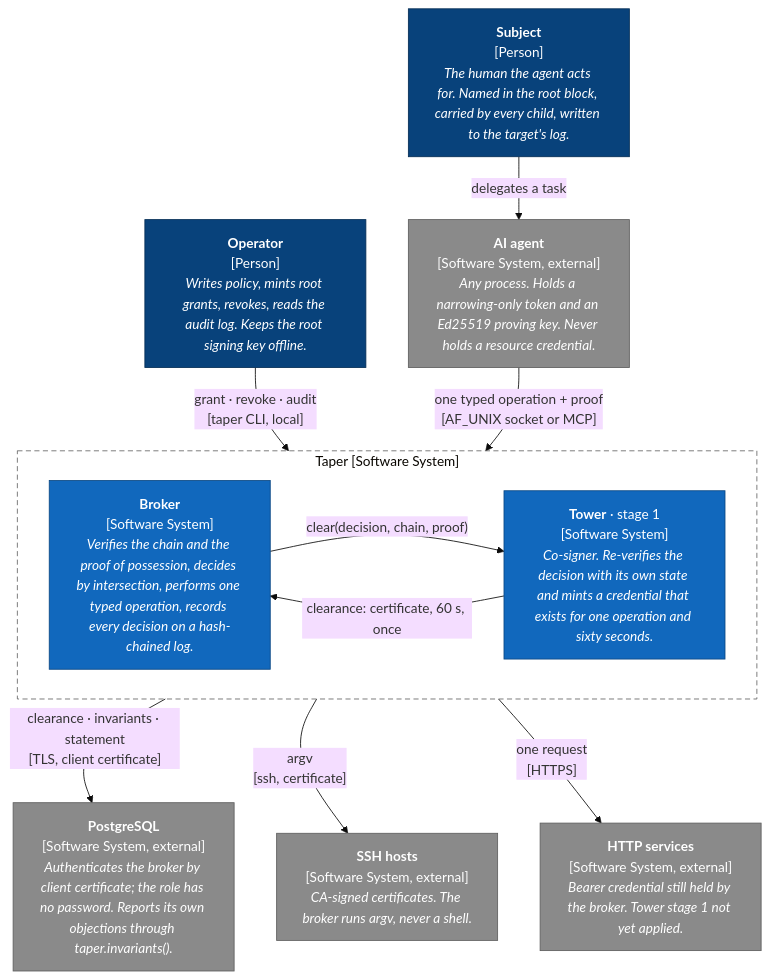
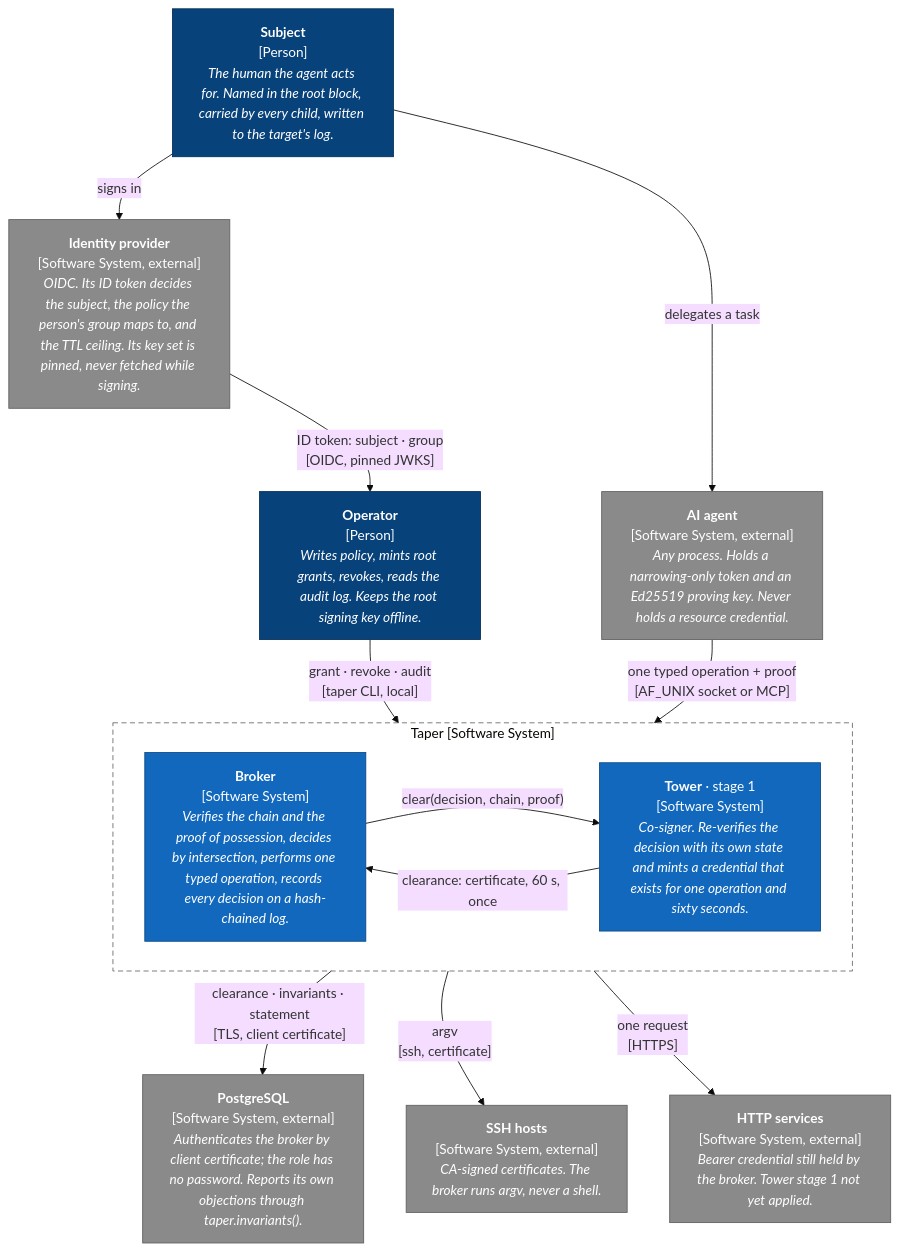
One commit to Walex4/taper changed the first of 7 diagrams in docs/diagrams.md. Above: the diagram before and after it, drawn with Mermaid (base theme). The commit also changed 11 other files, not shown here.

First line of the commit message:
An OIDC login mints the grant its group allows

````diff
--- a/docs/diagrams.md
+++ b/docs/diagrams.md
@@ -25,36 +25,40 @@
 ```mermaid
 flowchart TB
   operator["<b>Operator</b><br/>[Person]<br/><i>Writes policy, mints root grants, revokes, reads the audit log. Keeps the root signing key offline.</i>"]
   subject["<b>Subject</b><br/>[Person]<br/><i>The human the agent acts for. Named in the root block, carried by every child, written to the target's log.</i>"]
   agent["<b>AI agent</b><br/>[Software System, external]<br/><i>Any process. Holds a narrowing-only token and an Ed25519 proving key. Never holds a resource credential.</i>"]
 
   subgraph taper_sys["Taper  [Software System]"]
     direction LR
     broker["<b>Broker</b><br/>[Software System]<br/><i>Verifies the chain and the proof of possession, decides by intersection, performs one typed operation, records every decision on a hash-chained log.</i>"]
     tower["<b>Tower</b> · stage 1<br/>[Software System]<br/><i>Co-signer. Re-verifies the decision with its own state and mints a credential that exists for one operation and sixty seconds.</i>"]
   end
 
+  idp["<b>Identity provider</b><br/>[Software System, external]<br/><i>OIDC. Its ID token decides the subject, the policy the person's group maps to, and the TTL ceiling. Its key set is pinned, never fetched while signing.</i>"]
   pg["<b>PostgreSQL</b><br/>[Software System, external]<br/><i>Authenticates the broker by client certificate; the role has no password. Reports its own objections through taper.invariants().</i>"]
   ssh["<b>SSH hosts</b><br/>[Software System, external]<br/><i>CA-signed certificates. The broker runs argv, never a shell.</i>"]
   http["<b>HTTP services</b><br/>[Software System, external]<br/><i>Bearer credential still held by the broker. Tower stage 1 not yet applied.</i>"]
 
   subject -- "delegates a task" --> agent
+  subject -- "signs in" --> idp
+  idp -- "ID token: subject · group<br/>[OIDC, pinned JWKS]" --> operator
   operator -- "grant · revoke · audit<br/>[taper CLI, local]" --> broker
   agent -- "one typed operation + proof<br/>[AF_UNIX socket or MCP]" --> broker
   broker -- "clear(decision, chain, proof)" --> tower
   tower -- "clearance: certificate, 60 s, once" --> broker
   broker -- "clearance · invariants · statement<br/>[TLS, client certificate]" --> pg
   broker -- "argv<br/>[ssh, certificate]" --> ssh
   broker -- "one request<br/>[HTTPS]" --> http
+  idp ~~~ pg
   tower ~~~ pg
   tower ~~~ ssh
   tower ~~~ http
 
   classDef person fill:#08427b,stroke:#052e56,color:#fff
   classDef system fill:#1168bd,stroke:#0b4884,color:#fff
   classDef ext fill:#8a8a8a,stroke:#5f5f5f,color:#fff
   class operator,subject person
   class broker,tower system
-  class agent,pg,ssh,http ext
+  class agent,idp,pg,ssh,http ext
   style taper_sys fill:none,stroke:#666,stroke-dasharray:6 4
 ```
````
